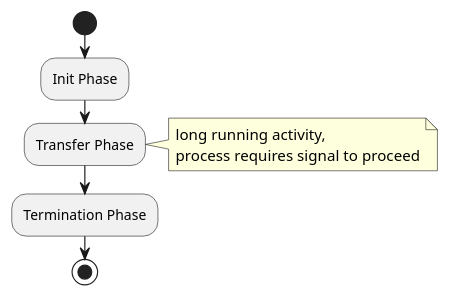
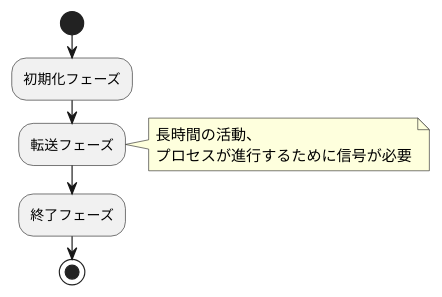
The diagram in sample/sample2.puml (tama-jp/plantuml), drawn with PlantUML before and after one commit. The commit also changed 7 other files, not shown here.

```diff
--- a/sample/sample2.puml
+++ b/sample/sample2.puml
@@ -1,11 +1,11 @@
 @startuml
 start
-:Init Phase;
-:Transfer Phase;
+:初期化フェーズ;
+:転送フェーズ;
 note right
-  long running activity,
-  process requires signal to proceed
+  長時間の活動、
+  プロセスが進行するために信号が必要
 end note
-:Termination Phase;
+:終了フェーズ;
 stop
 @enduml
```
